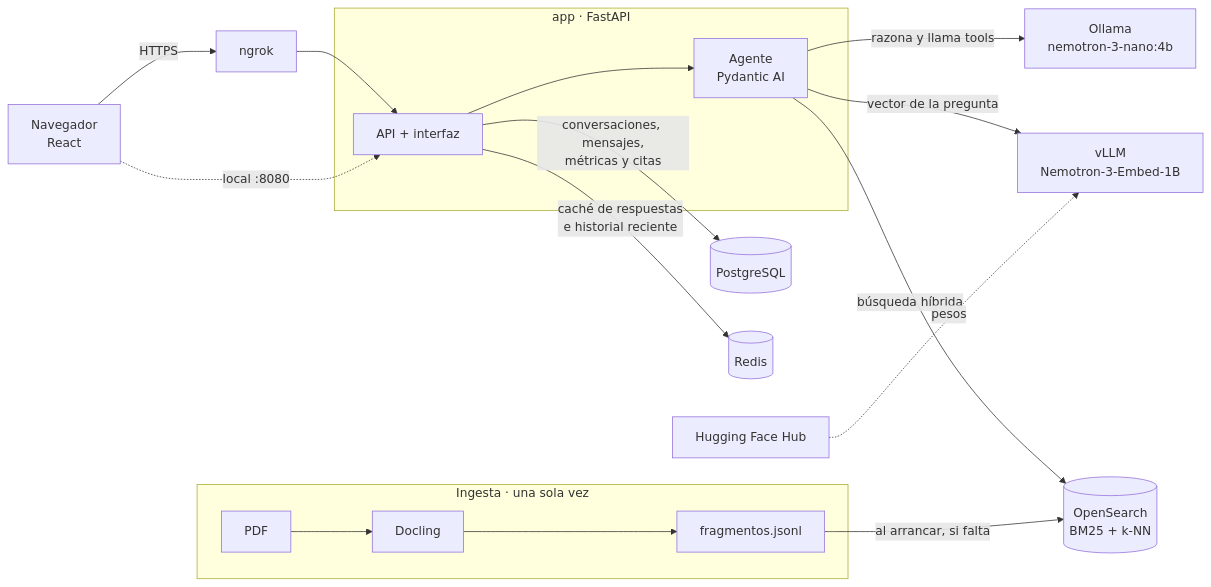
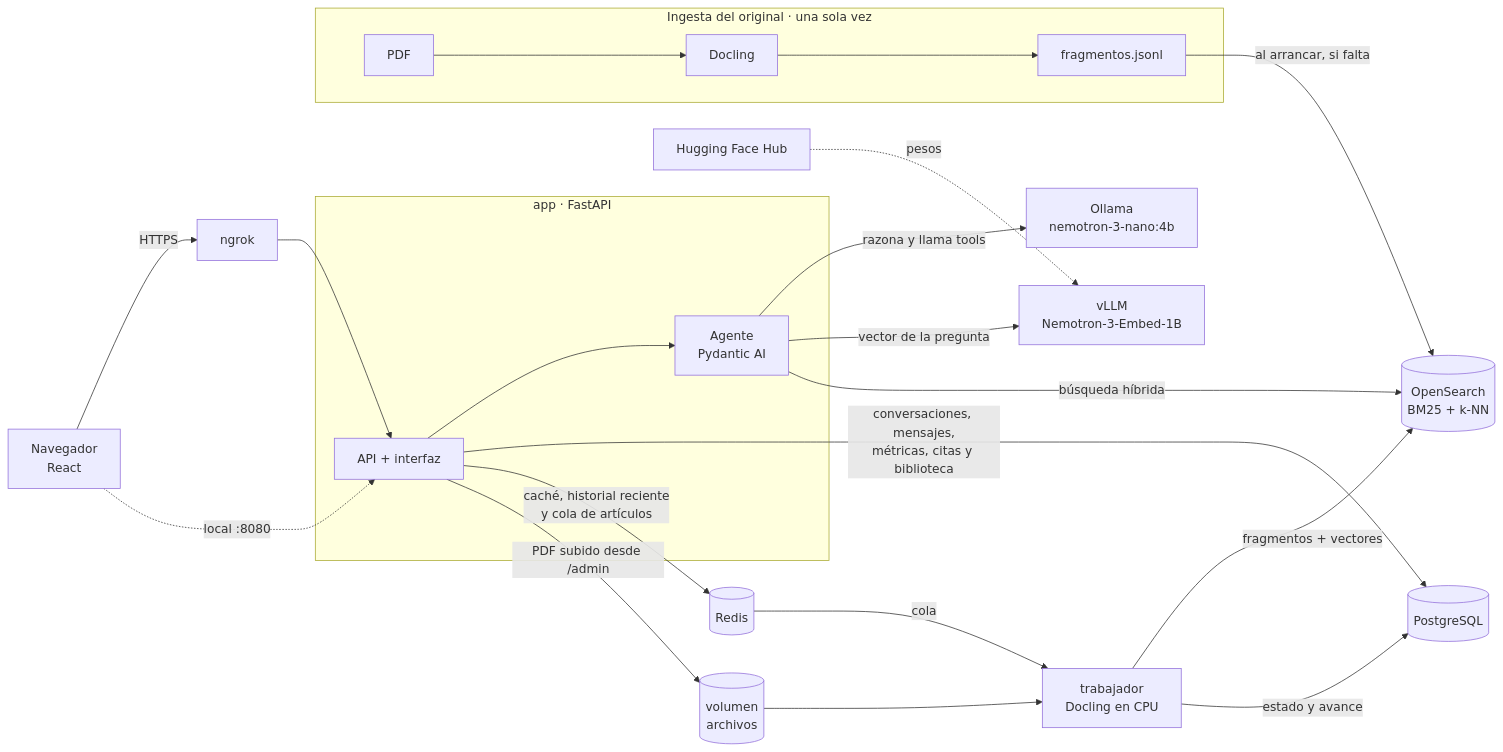
The first of 2 diagrams in README.md (mcardenas3/agente-academico), drawn with Mermaid before and after one commit. The commit also changed other lines of this file and 24 other files, not shown here.

First line of the commit message:
Agrega la biblioteca de artículos: subir PDFs y preguntar a uno o a todos

````diff
--- a/README.md
+++ b/README.md
@@ -29,19 +29,24 @@
 ```mermaid
 flowchart LR
     U[Navegador<br/>React] -->|HTTPS| N[ngrok]
     N --> A
     U -. local :8080 .-> A
     subgraph app [app · FastAPI]
         A[API + interfaz] --> G[Agente<br/>Pydantic AI]
     end
     G -->|razona y llama tools| O[Ollama<br/>nemotron-3-nano:4b]
     G -->|vector de la pregunta| V[vLLM<br/>Nemotron-3-Embed-1B]
     G -->|búsqueda híbrida| S[(OpenSearch<br/>BM25 + k-NN)]
-    A -->|conversaciones, mensajes,<br/>métricas y citas| P[(PostgreSQL)]
-    A -->|caché de respuestas<br/>e historial reciente| R[(Redis)]
+    A -->|conversaciones, mensajes,<br/>métricas, citas y biblioteca| P[(PostgreSQL)]
+    A -->|caché, historial reciente<br/>y cola de artículos| R[(Redis)]
     H[Hugging Face Hub] -. pesos .-> V
-    subgraph ingesta [Ingesta · una sola vez]
+    subgraph ingesta [Ingesta del original · una sola vez]
         PDF[PDF] --> D[Docling] --> F[fragmentos.jsonl]
     end
     F -->|al arrancar, si falta| S
+    A -->|PDF subido desde /admin| VOL[(volumen<br/>archivos)]
+    R -->|cola| T[trabajador<br/>Docling en CPU]
+    VOL --> T
+    T -->|fragmentos + vectores| S
+    T -->|estado y avance| P
 ```
````
